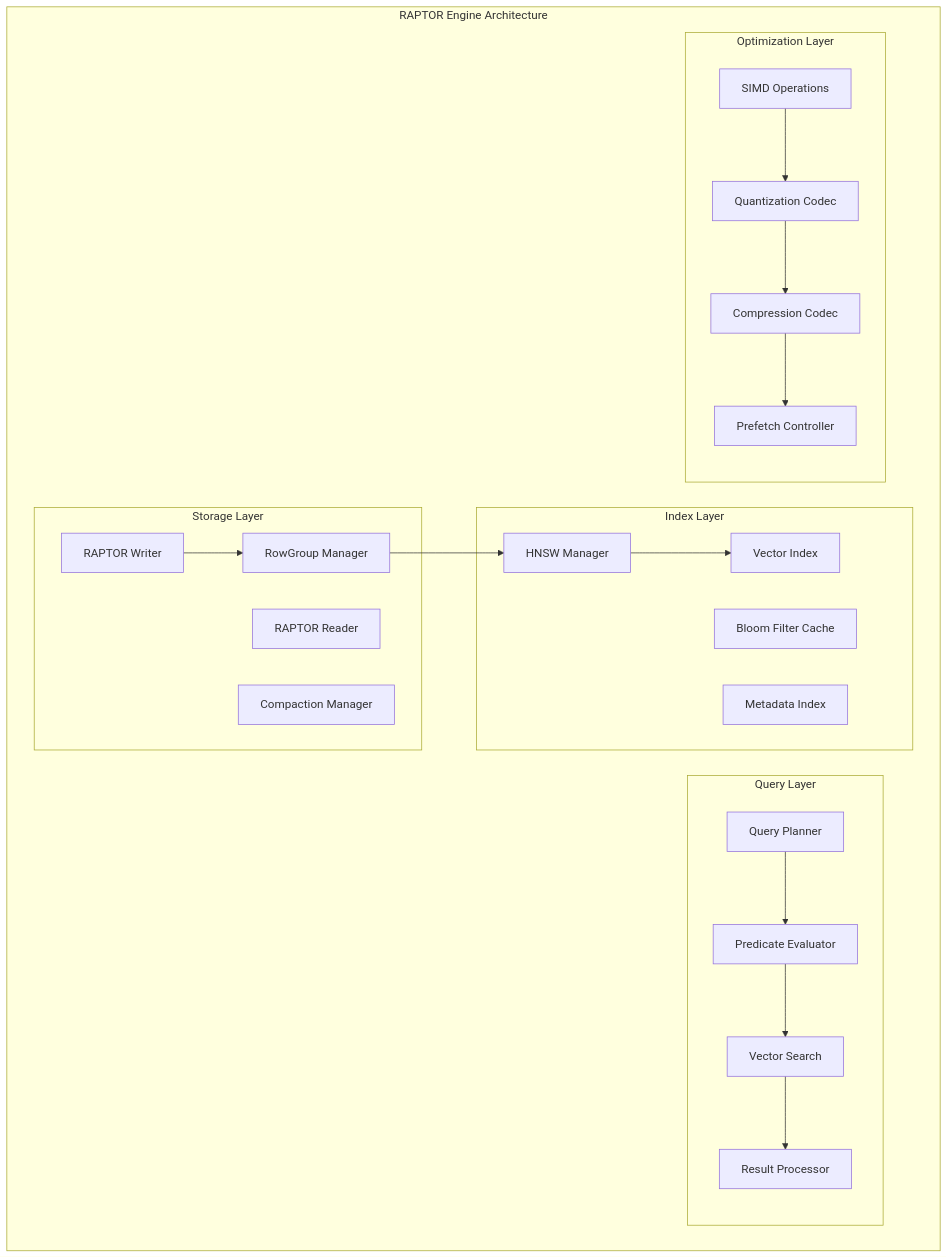
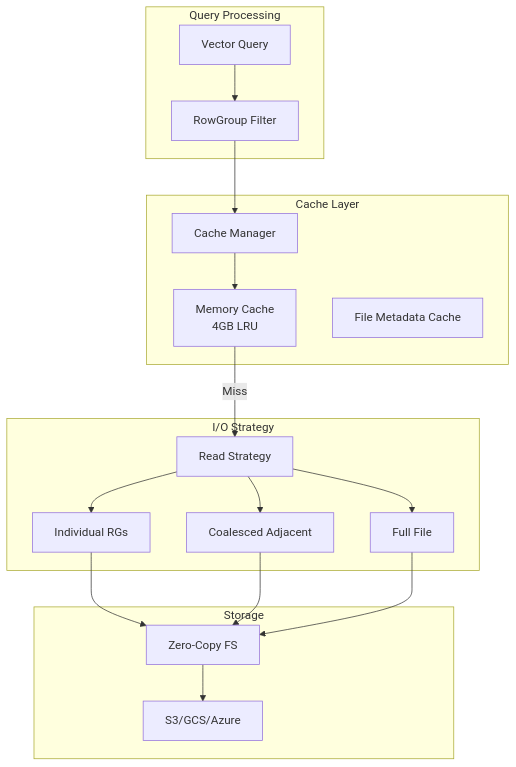
One commit to vjsingh1984/proximaDB changed the fourth of 5 diagrams in docs/raptor_engine_design_spec.md. Above: the diagram before and after it, drawn with Mermaid. The commit also changed other lines of this file and 2 other files, not shown here.

First line of the commit message:
Fix SST compactor errors and streamline RAPTOR design spec

````diff
--- a/docs/raptor_engine_design_spec.md
+++ b/docs/raptor_engine_design_spec.md
@@ -843,42 +139,37 @@
 ```mermaid
 graph TB
-    subgraph "RAPTOR Engine Architecture"
-        subgraph "Storage Layer"
-            RW[RAPTOR Writer]
-            RR[RAPTOR Reader]
-            RF[RowGroup Manager]
-            CM[Compaction Manager]
-        end
-        
-        subgraph "Index Layer"
-            HM[HNSW Manager]
-            BF[Bloom Filter Cache]
-            MI[Metadata Index]
-            VI[Vector Index]
-        end
-        
-        subgraph "Query Layer"
-            QP[Query Planner]
-            PE[Predicate Evaluator]
-            VS[Vector Search]
-            RP[Result Processor]
-        end
-        
-        subgraph "Optimization Layer"
-            SO[SIMD Operations]
-            QC[Quantization Codec]
-            CC[Compression Codec]
-            PC[Prefetch Controller]
-        end
-        
-        RW --> RF
-        RF --> HM
-        HM --> VI
-        QP --> PE
-        PE --> VS
-        VS --> RP
-        SO --> QC
-        QC --> CC
-        CC --> PC
+    subgraph "Query Processing"
+        Query[Vector Query]
+        Filter[RowGroup Filter]
     end
+    
+    subgraph "Cache Layer"
+        Manager[Cache Manager]
+        Memory[Memory Cache<br/>4GB LRU]
+        Metadata[File Metadata Cache]
+    end
+    
+    subgraph "I/O Strategy"
+        Strategy[Read Strategy]
+        Individual[Individual RGs]
+        Coalesced[Coalesced Adjacent]
+        FullFile[Full File]
+    end
+    
+    subgraph "Storage"
+        ZeroCopy[Zero-Copy FS]
+        S3[S3/GCS/Azure]
+    end
+    
+    Query --> Filter
+    Filter --> Manager
+    Manager --> Memory
+    Memory -->|Miss| Strategy
+    Strategy --> Individual
+    Strategy --> Coalesced
+    Strategy --> FullFile
+    Individual --> ZeroCopy
+    Coalesced --> ZeroCopy
+    FullFile --> ZeroCopy
+    ZeroCopy --> S3
 ```
````
